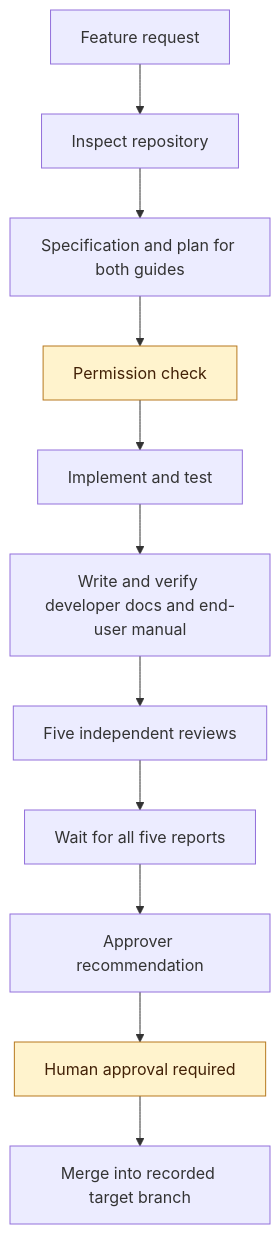
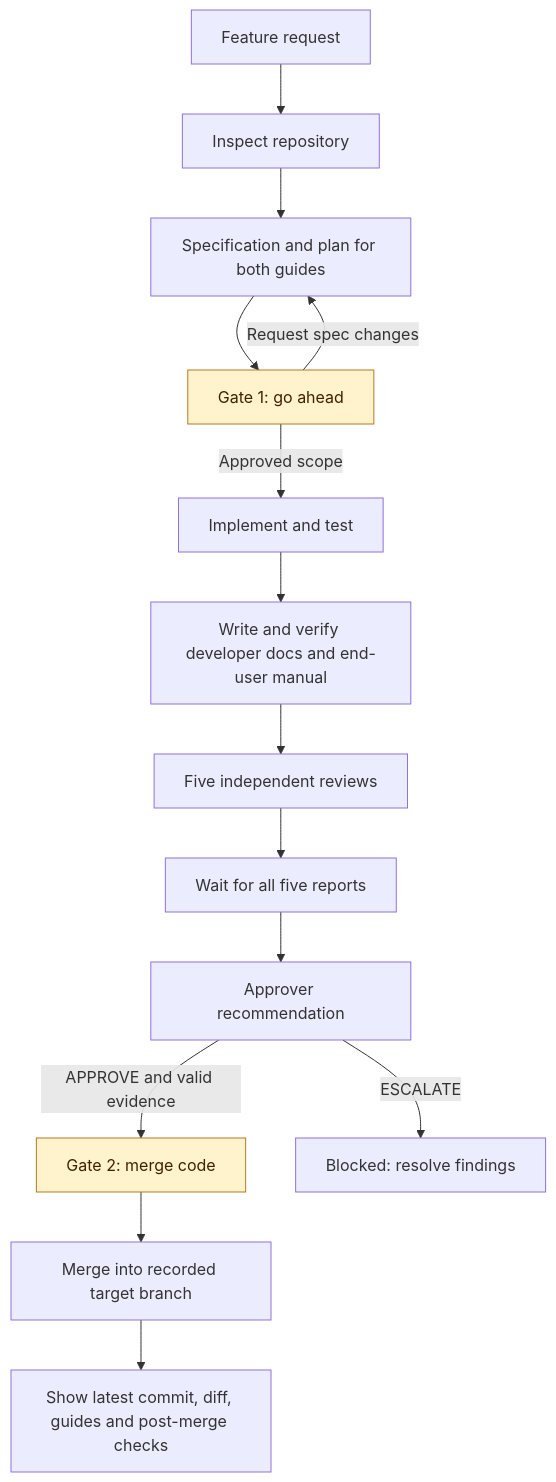
One commit to faiqfarooq/software-factory changed the first of 4 diagrams in codex-claude/docs/GUIDE.md. Above: the diagram before and after it, drawn with Mermaid. The commit also changed other lines of this file and 14 other files, not shown here.

````diff
--- a/codex-claude/docs/GUIDE.md
+++ b/codex-claude/docs/GUIDE.md
@@ -105,16 +124,19 @@
 ```mermaid
 flowchart TD
     Feature["Feature request"] --> Inspect["Inspect repository"]
     Inspect --> Spec["Specification and plan for both guides"]
-    Spec --> Permission["Permission check"]
-    Permission --> Build["Implement and test"]
+    Spec --> SpecApproval["Gate 1: go ahead"]
+    SpecApproval -->|Request spec changes| Spec
+    SpecApproval -->|Approved scope| Build["Implement and test"]
     Build --> Docs["Write and verify developer docs and end-user manual"]
     Docs --> Reviews["Five independent reviews"]
     Reviews --> Wait["Wait for all five reports"]
     Wait --> Approver["Approver recommendation"]
-    Approver --> Human["Human approval required"]
+    Approver -->|APPROVE and valid evidence| Human["Gate 2: merge code"]
+    Approver -->|ESCALATE| Blocked["Blocked: resolve findings"]
     Human --> Merge["Merge into recorded target branch"]
+    Merge --> Latest["Show latest commit, diff, guides and post-merge checks"]
 
     classDef human fill:#fff3cd,stroke:#b7791f,color:#422006;
-    class Permission,Human human;
+    class SpecApproval,Human human;
 ```
````
